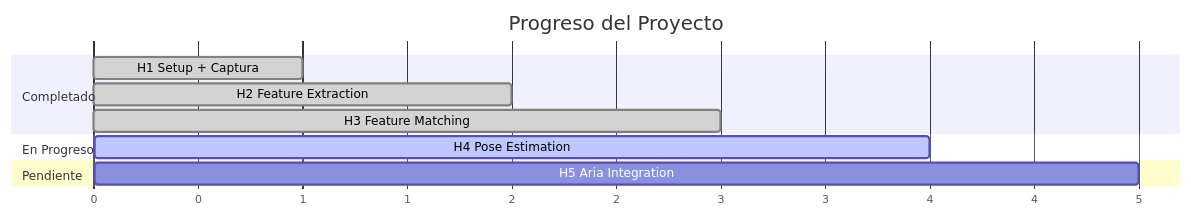
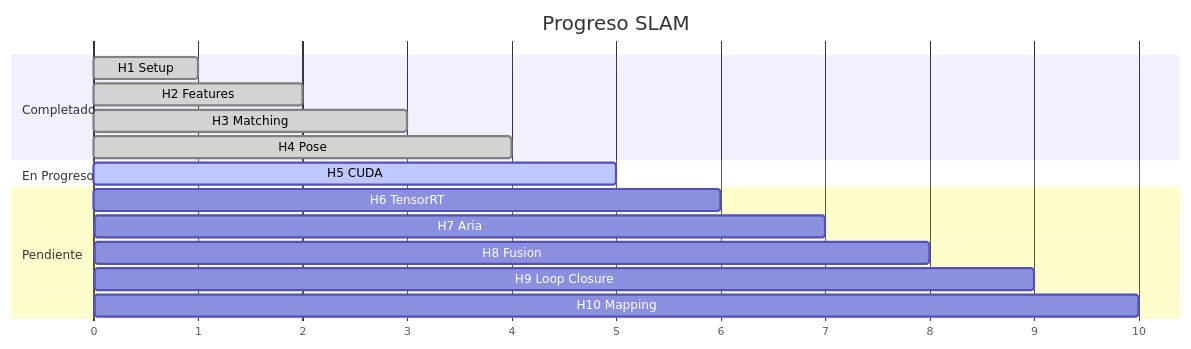
Before and after one commit to robertteleng/aria-slam: the tenth of 10 diagrams in README.md, drawn with Mermaid. The commit also changed other lines of this file and 2 other files, not shown here.

Commit message:
feat: update README for SLAM system and enhance main.cpp visualization

````diff
--- a/README.md
+++ b/README.md
@@ -317,17 +398,22 @@
 ```mermaid
 gantt
-    title Progreso del Proyecto
-    dateFormat  X
+    title Progreso SLAM
+    dateFormat X
     axisFormat %s
     
     section Completado
-    H1 Setup + Captura    :done, h1, 0, 1
-    H2 Feature Extraction :done, h2, 1, 2
-    H3 Feature Matching   :done, h3, 2, 3
+    H1 Setup           :done, h1, 0, 1
+    H2 Features        :done, h2, 1, 2
+    H3 Matching        :done, h3, 2, 3
+    H4 Pose            :done, h4, 3, 4
     
     section En Progreso
-    H4 Pose Estimation    :active, h4, 3, 4
+    H5 CUDA            :active, h5, 4, 5
     
     section Pendiente
-    H5 Aria Integration   :h5, 4, 5
+    H6 TensorRT        :h6, 5, 6
+    H7 Aria            :h7, 6, 7
+    H8 Fusion          :h8, 7, 8
+    H9 Loop Closure    :h9, 8, 9
+    H10 Mapping        :h10, 9, 10
 ```
````
